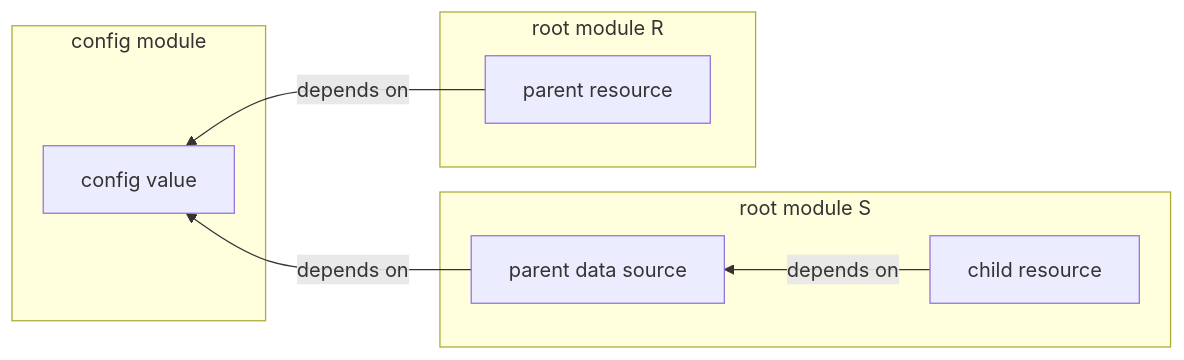
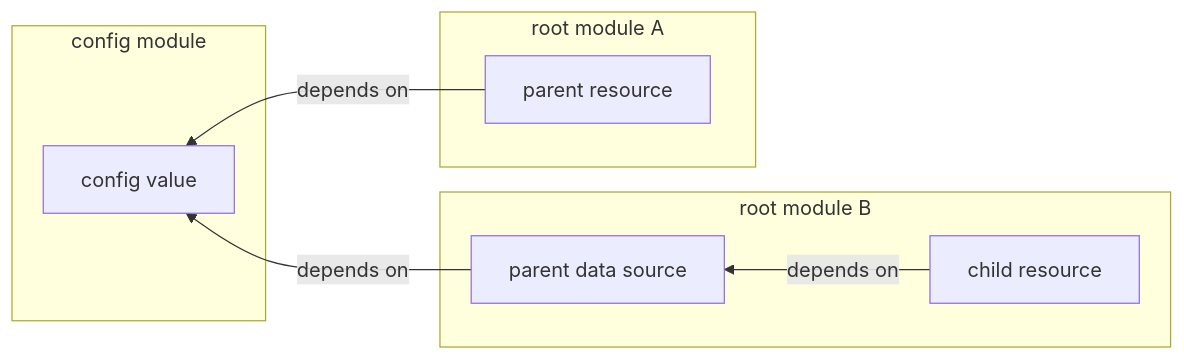
Before and after one commit to navapbc/template-infra: the second of 3 diagrams in docs/infra/module-dependencies.md, drawn with Mermaid. The commit also changed other lines of this file, not shown here.

Commit message:
Update module dependencies documentation

````diff
--- a/docs/infra/module-dependencies.md
+++ b/docs/infra/module-dependencies.md
@@ -73,20 +73,20 @@
 ```mermaid
 flowchart RL
 
 subgraph config[config module]
   config_value[config value]
 end
 
-subgraph R[root module R]
+subgraph A[root module A]
   parent[parent resource]
 end
 
-subgraph S[root module S]
+subgraph B[root module B]
   data.parent[parent data source]
   child[child resource]
 end
 
 parent -- depends on --> config_value
 data.parent -- depends on --> config_value
 child -- depends on --> data.parent
 ```
````
